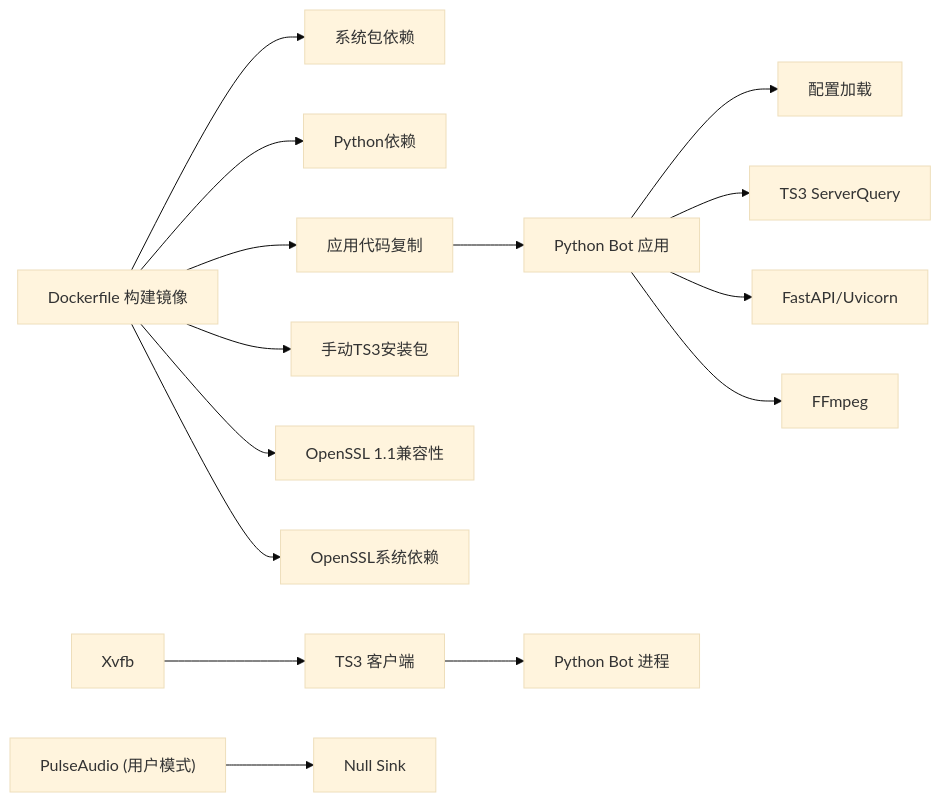
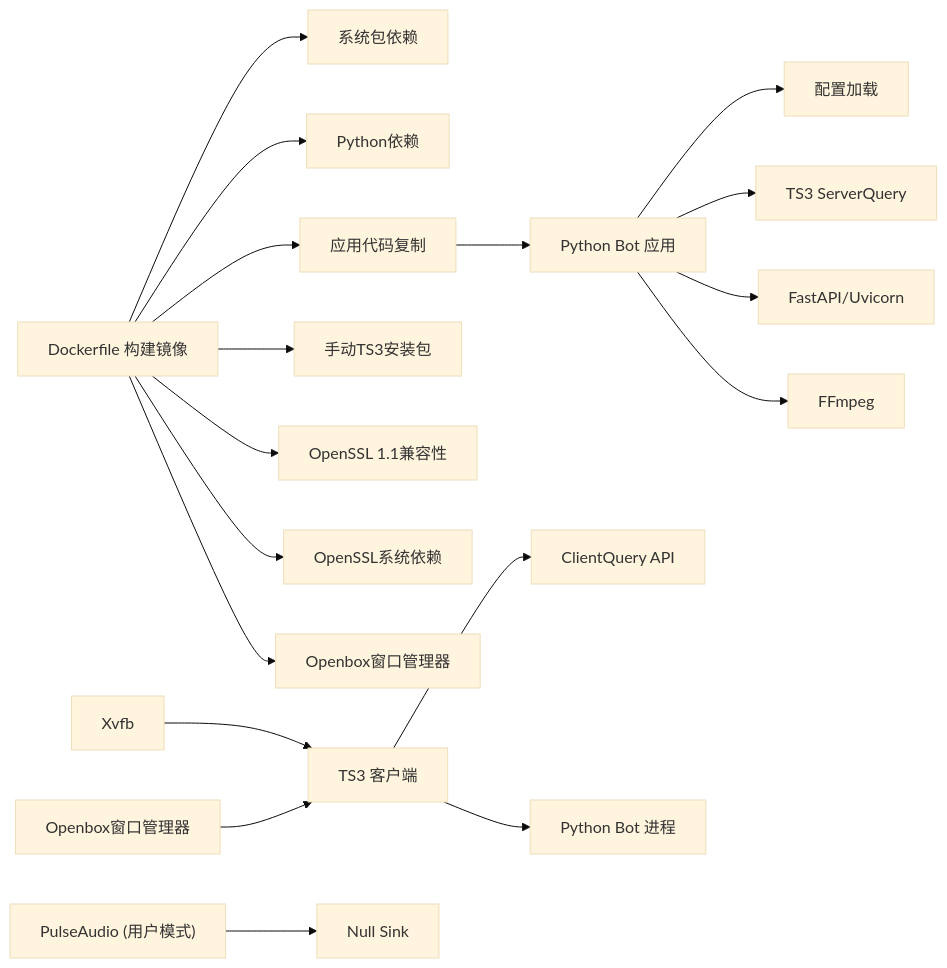
The third of 3 diagrams in .qoder/repowiki/zh/content/部署和运维/Docker容器化部署.md (GhoulOwl/Teamspeak3_Bot), drawn with Mermaid (base theme) before and after one commit. The commit also changed other lines of this file and 7 other files, not shown here.

````diff
--- a/.qoder/repowiki/zh/content/部署和运维/Docker容器化部署.md
+++ b/.qoder/repowiki/zh/content/部署和运维/Docker容器化部署.md
@@ -273,17 +302,20 @@
 ```mermaid
 graph LR
 Dockerfile["Dockerfile 构建镜像"] --> SysPkgs["系统包依赖"]
 Dockerfile --> PyDeps["Python依赖"]
 Dockerfile --> AppCopy["应用代码复制"]
 Dockerfile --> TS3Manual["手动TS3安装包"]
 Dockerfile --> OpenSSLCompat["OpenSSL 1.1兼容性"]
 Dockerfile --> OpenSSLDep["OpenSSL系统依赖"]
+Dockerfile --> OpenboxWM["Openbox窗口管理器"]
 AppCopy --> Bot["Python Bot 应用"]
 Bot --> Config["配置加载"]
 Bot --> TS3["TS3 ServerQuery"]
 Bot --> Webhook["FastAPI/Uvicorn"]
 Bot --> FFmpeg["FFmpeg"]
 Xvfb["Xvfb"] --> TS3Client["TS3 客户端"]
+Openbox["Openbox窗口管理器"] --> TS3Client
 Pulse["PulseAudio (用户模式)"] --> NullSink["Null Sink"]
+TS3Client --> ClientQuery["ClientQuery API"]
 TS3Client --> BotProc["Python Bot 进程"]
 ```
````
